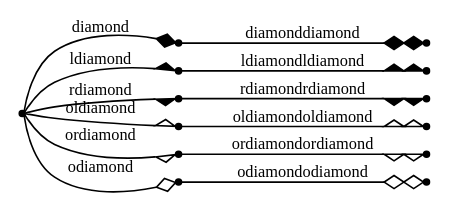
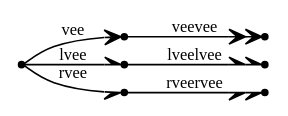
The diagram in out/clusters.out.08.004.gv (graphviz-perl/GraphViz2-Marpa-PathUtils), drawn with Graphviz before and after one commit. The commit also changed 33 other files, not shown here.

```diff
--- a/out/clusters.out.08.004.gv
+++ b/out/clusters.out.08.004.gv
@@ -1,19 +1,13 @@
 digraph G
 {
 	graph[rankdir = "LR" nodesep = "0"]
 	node[shape = "point" label = ""]
 	edge[fontsize = "10"]
-	_diamond -> diamond[arrowhead = "diamond" label = "diamond"]
-	diamond -> diamonddiamond[arrowhead = "diamonddiamond" label = "diamonddiamond"]
-	_diamond -> ldiamond[arrowhead = "ldiamond" label = "ldiamond"]
-	ldiamond -> ldiamondldiamond[arrowhead = "ldiamondldiamond" label = "ldiamondldiamond"]
-	_diamond -> rdiamond[arrowhead = "rdiamond" label = "rdiamond"]
-	rdiamond -> rdiamondrdiamond[arrowhead = "rdiamondrdiamond" label = "rdiamondrdiamond"]
-	_diamond -> oldiamond[arrowhead = "oldiamond" label = "oldiamond"]
-	oldiamond -> oldiamondoldiamond[arrowhead = "oldiamondoldiamond" label = "oldiamondoldiamond"]
-	_diamond -> ordiamond[arrowhead = "ordiamond" label = "ordiamond"]
-	ordiamond -> ordiamondordiamond[arrowhead = "ordiamondordiamond" label = "ordiamondordiamond"]
-	_diamond -> odiamond[arrowhead = "odiamond" label = "odiamond"]
-	odiamond -> odiamondodiamond[arrowhead = "odiamondodiamond" label = "odiamondodiamond"]
+	_vee -> vee[arrowhead = "vee" label = "vee"]
+	vee -> veevee[arrowhead = "veevee" label = "veevee"]
+	_vee -> lvee[arrowhead = "lvee" label = "lvee"]
+	lvee -> lveelvee[arrowhead = "lveelvee" label = "lveelvee"]
+	_vee -> rvee[arrowhead = "rvee" label = "rvee"]
+	rvee -> rveervee[arrowhead = "rveervee" label = "rveervee"]
 
 }
```
